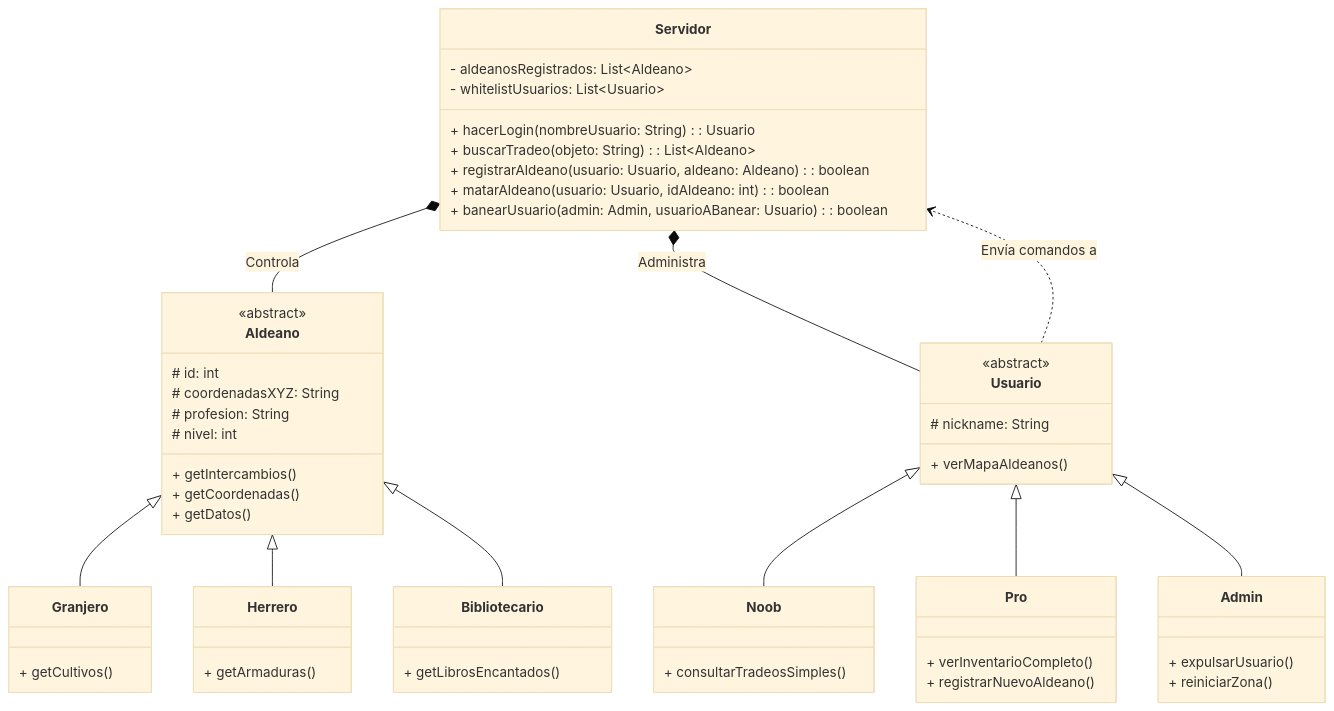
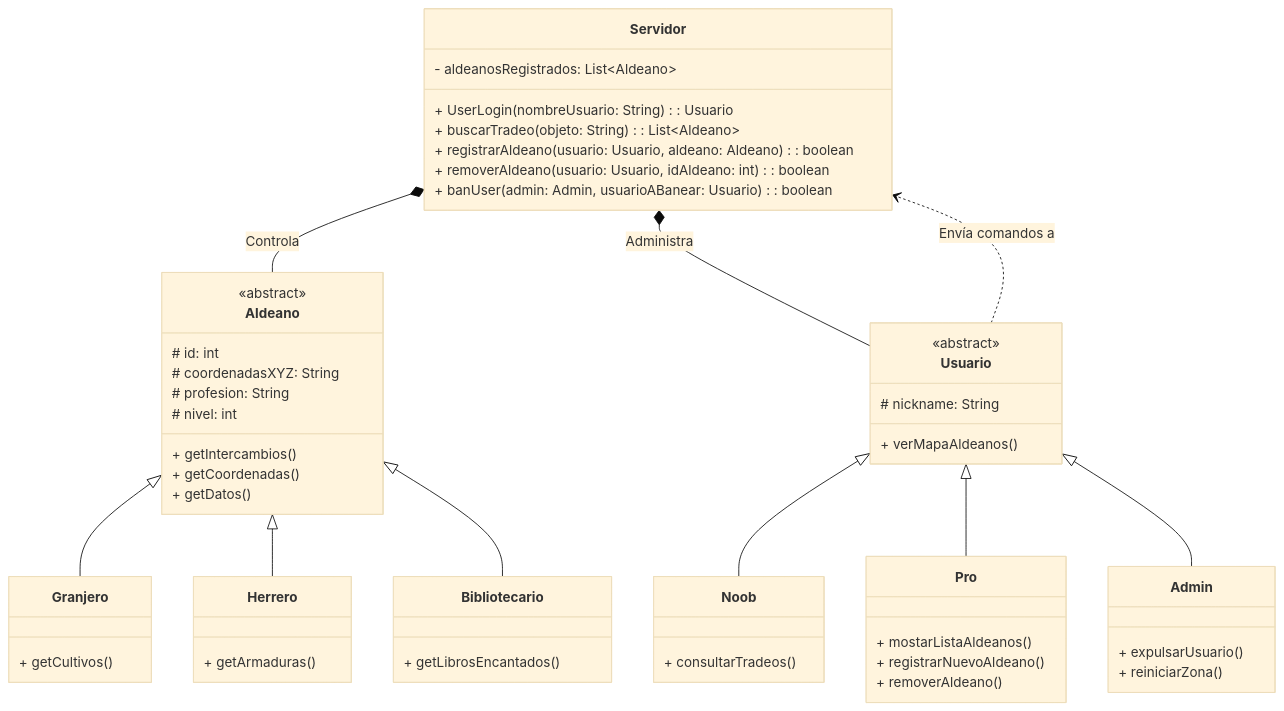
Before and after one commit to benjgaze/lab-kotlin1: the diagram in README.md, drawn with Mermaid (base theme).

Commit message:
Refactor class methods in README.md

````diff
--- a/README.md
+++ b/README.md
@@ -18,66 +18,66 @@
 ```mermaid
 classDiagram
     class Servidor {
         - aldeanosRegistrados: List~Aldeano~
-        - whitelistUsuarios: List~Usuario~
-        + hacerLogin(nombreUsuario: String): Usuario
+        + UserLogin(nombreUsuario: String): Usuario
         + buscarTradeo(objeto: String): List~Aldeano~
         + registrarAldeano(usuario: Usuario, aldeano: Aldeano): boolean
-        + matarAldeano(usuario: Usuario, idAldeano: int): boolean
-        + banearUsuario(admin: Admin, usuarioABanear: Usuario): boolean
+        + removerAldeano(usuario: Usuario, idAldeano: int): boolean
+        + banUser(admin: Admin, usuarioABanear: Usuario): boolean
     }
 
     class Aldeano {
         <<abstract>>
         # id: int
         # coordenadasXYZ: String
         # profesion: String
         # nivel: int
         + getIntercambios()
         + getCoordenadas()
         + getDatos ()
         
     }
 
     class Usuario {
         <<abstract>>
         # nickname: String
         + verMapaAldeanos()
     }
 
     class Noob {
-        + consultarTradeosSimples()
+        + consultarTradeos()
     }
     
     class Pro {
-        + verInventarioCompleto()
+        + mostarListaAldeanos()
         + registrarNuevoAldeano()
+        + removerAldeano()
     }
     
     class Admin {
         + expulsarUsuario()
         + reiniciarZona()
     }
 
     class Granjero {
         + getCultivos()
     }
     class Herrero {
         + getArmaduras()
     }
     class Bibliotecario {
         + getLibrosEncantados()
     }
 
     Aldeano <|-- Granjero
     Aldeano <|-- Herrero
     Aldeano <|-- Bibliotecario
 
     Usuario <|-- Noob
     Usuario <|-- Pro
     Usuario <|-- Admin
 
     Servidor *-- Aldeano : Controla
     Servidor *-- Usuario : Administra
     Usuario ..> Servidor : Envía comandos a
 ```
````
